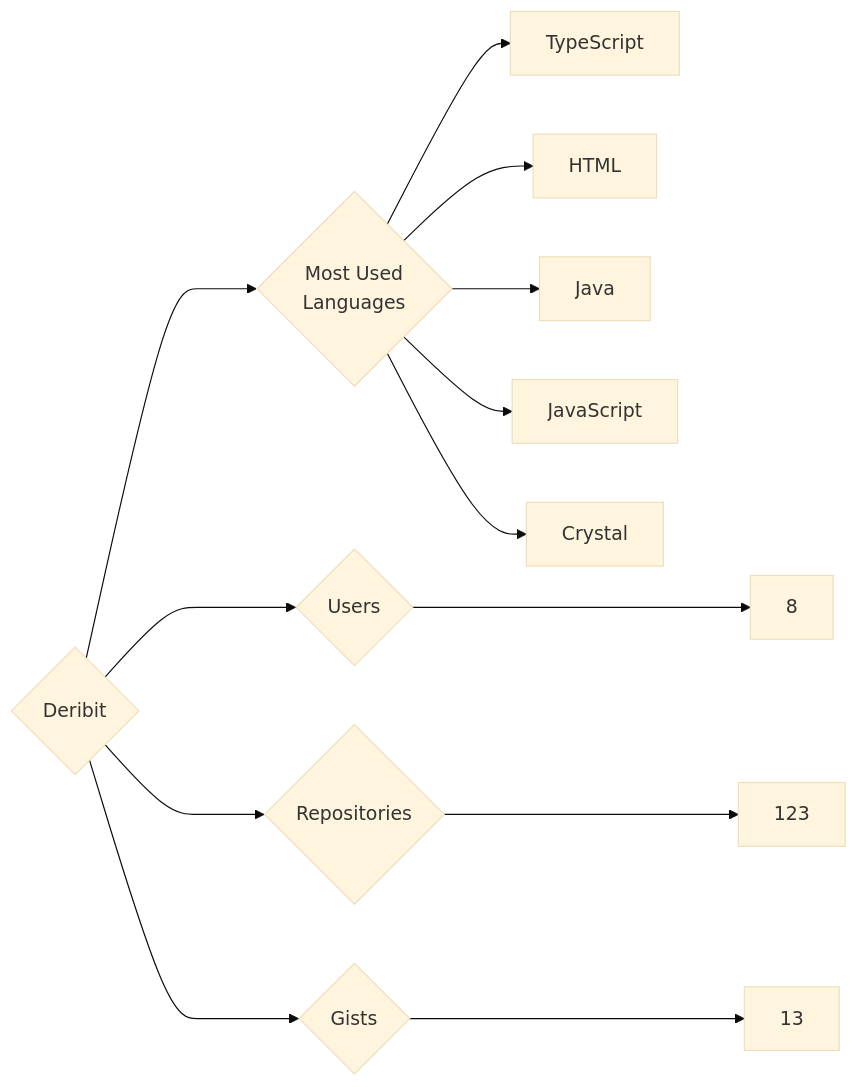
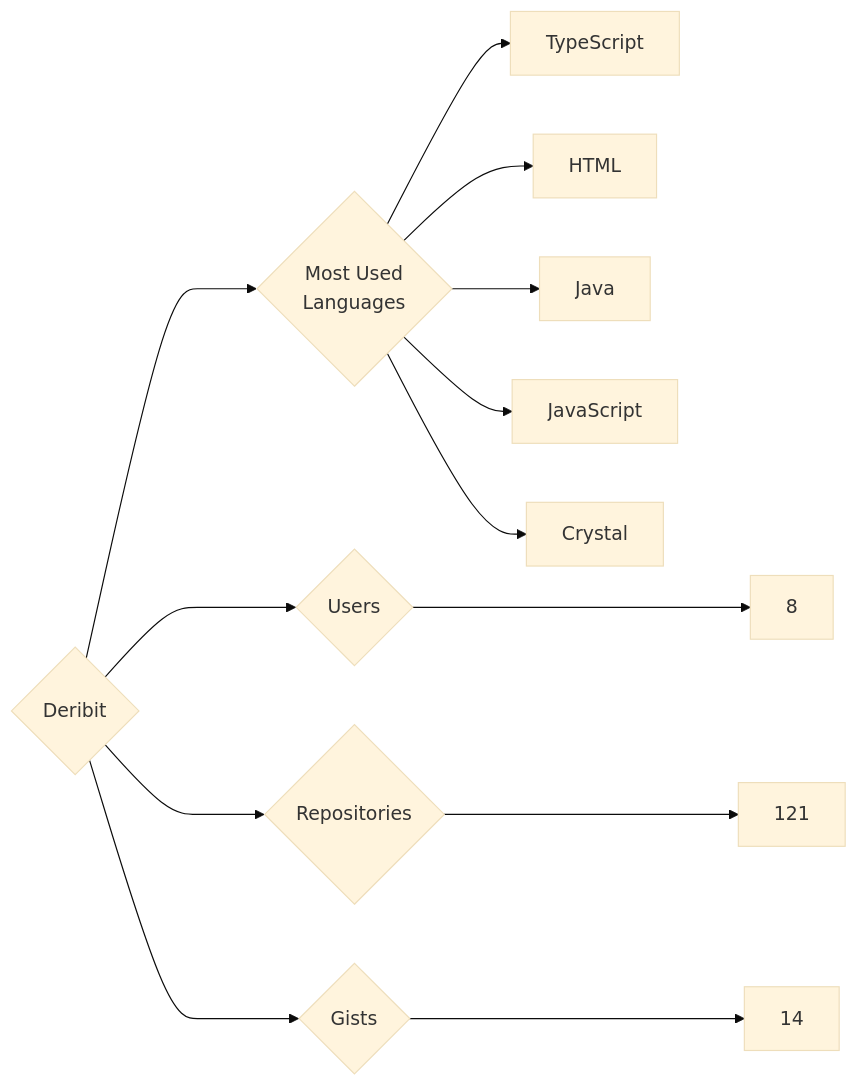
Before and after one commit to trickest/insiders: the diagram in targets/Deribit/README.md, drawn with Mermaid (base theme). The commit also changed 1170 other files, not shown here.

````diff
--- a/targets/Deribit/README.md
+++ b/targets/Deribit/README.md
@@ -3,13 +3,13 @@
 ```mermaid
 graph LR
 COMPANY_NAME{Deribit}
 COMPANY_NAME ---> U{Users} ---> UN[8]
-COMPANY_NAME ---> R{Repositories} ---> RN[123]
-COMPANY_NAME ---> G{Gists} ---> GN[13]
+COMPANY_NAME ---> R{Repositories} ---> RN[121]
+COMPANY_NAME ---> G{Gists} ---> GN[14]
 COMPANY_NAME ---> ML{Most Used<br>Languages}
 ML --> TypeScript[TypeScript]
 ML --> HTML[HTML]
 ML --> Java[Java]
 ML --> JavaScript[JavaScript]
 ML --> Crystal[Crystal]
 ```
````
